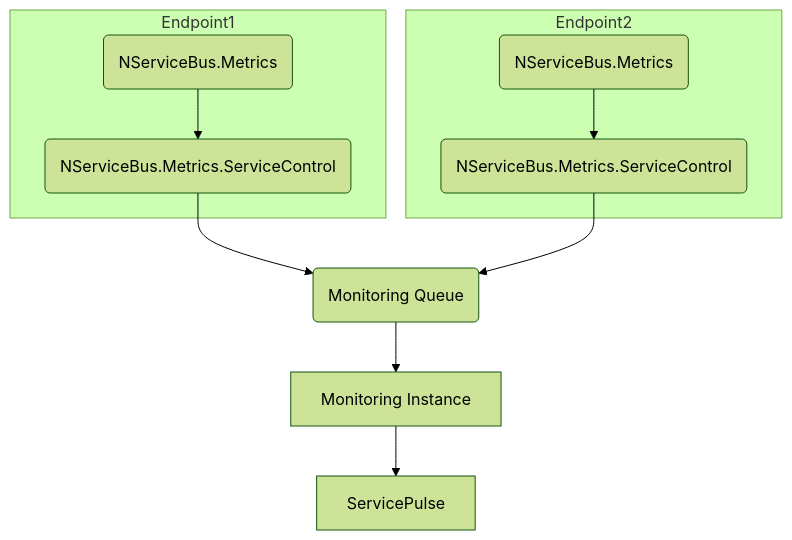
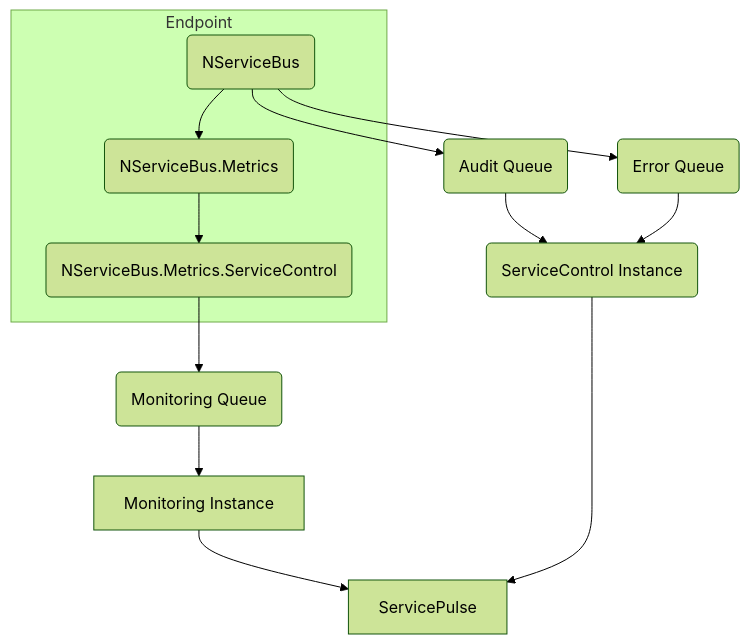
One commit to Particular/docs.particular.net changed the diagram in tutorials/monitoring/tutorial.md. Above: the diagram before and after it, drawn with Mermaid (forest theme). The commit also changed 1 other file, not shown here.

Commit message:
Include SC instance in component overview

````diff
--- a/tutorials/monitoring/tutorial.md
+++ b/tutorials/monitoring/tutorial.md
@@ -18,20 +18,23 @@
 ```mermaid
 graph TD
 
-subgraph Endpoint1
-  metrics1(NServiceBus.Metrics) --> plugin1
-  plugin1(NServiceBus.Metrics.ServiceControl)
+subgraph Endpoint
+  nsb(NServiceBus) --> metrics
+  metrics(NServiceBus.Metrics) --> plugin
+
+  plugin(NServiceBus.Metrics.ServiceControl)
 end
 
-subgraph Endpoint2
-  metrics2(NServiceBus.Metrics) --> plugin2
-  plugin2(NServiceBus.Metrics.ServiceControl) 
-end
+plugin --> q(Monitoring Queue)
 
-plugin1 --> q(Monitoring Queue)
-plugin2 --> q(Monitoring Queue)
+nsb --> auditQ(Audit Queue)
+nsb --> errorQ(Error Queue)
+
+auditQ --> scinstance(ServiceControl Instance)
+errorQ --> scinstance
 
 q --> scmonitoring[Monitoring Instance]
 
 scmonitoring --> pulse[ServicePulse]
+scinstance --> pulse
 ```
````
